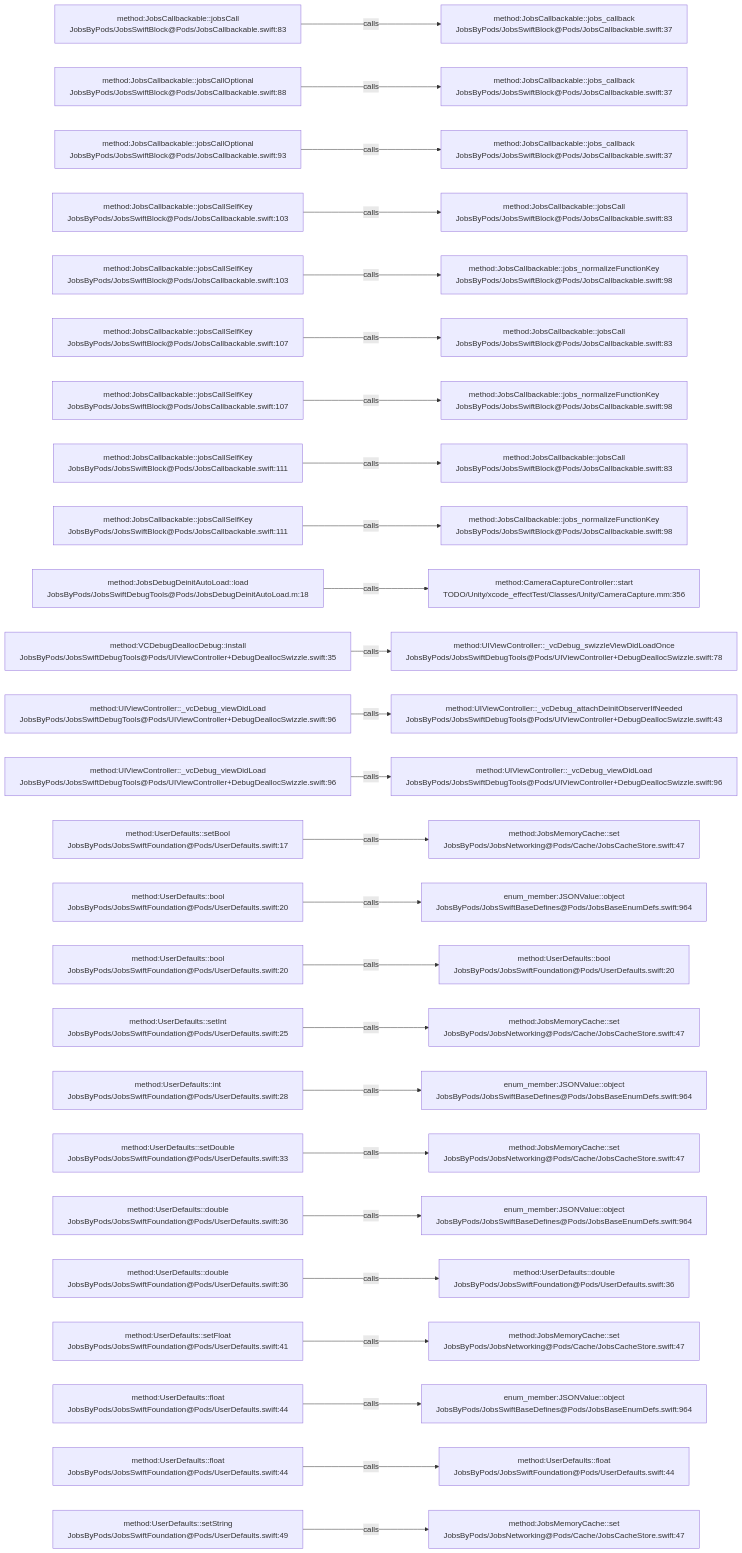
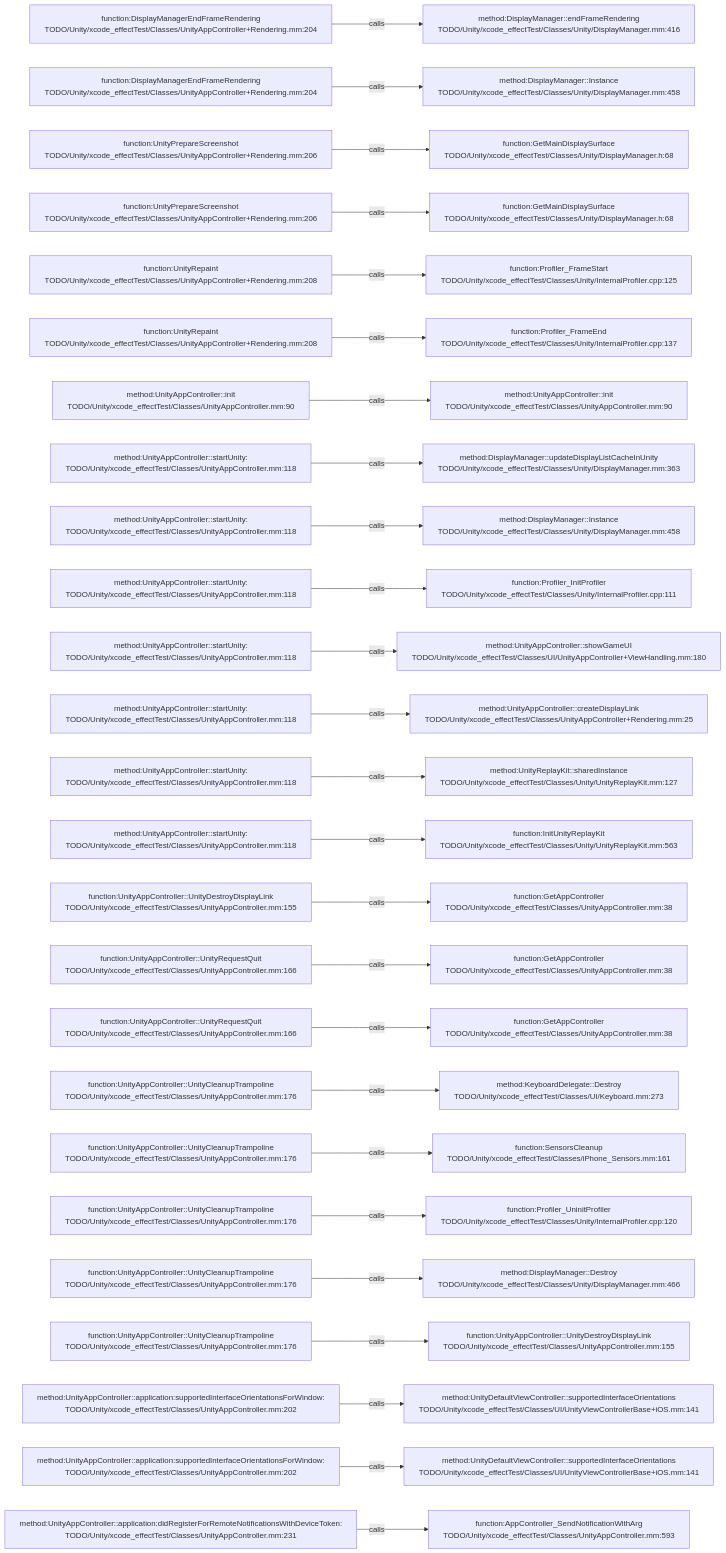
One commit to JobsKits/JobsSwiftBaseConfigDemo changed the diagram in .codegraph/codegraph.md/graphs/calls-048.md. Above: the diagram before and after it, drawn with Mermaid. The commit also changed 227 other files, not shown here.

````diff
--- a/.codegraph/codegraph.md/graphs/calls-048.md
+++ b/.codegraph/codegraph.md/graphs/calls-048.md
@@ -13,78 +13,78 @@
 ```mermaid
 flowchart LR
-  S1["method:JobsCallbackable::jobsCall<br/>JobsByPods/JobsSwiftBlock@Pods/JobsCallbackable.swift:83"]
-  T1["method:JobsCallbackable::jobs_callback<br/>JobsByPods/JobsSwiftBlock@Pods/JobsCallbackable.swift:37"]
+  S1["function:DisplayManagerEndFrameRendering<br/>TODO/Unity/xcode_effectTest/Classes/UnityAppController+Rendering.mm:204"]
+  T1["method:DisplayManager::endFrameRendering<br/>TODO/Unity/xcode_effectTest/Classes/Unity/DisplayManager.mm:416"]
   S1 -->|calls| T1
-  S2["method:JobsCallbackable::jobsCallOptional<br/>JobsByPods/JobsSwiftBlock@Pods/JobsCallbackable.swift:88"]
-  T2["method:JobsCallbackable::jobs_callback<br/>JobsByPods/JobsSwiftBlock@Pods/JobsCallbackable.swift:37"]
+  S2["function:DisplayManagerEndFrameRendering<br/>TODO/Unity/xcode_effectTest/Classes/UnityAppController+Rendering.mm:204"]
+  T2["method:DisplayManager::Instance<br/>TODO/Unity/xcode_effectTest/Classes/Unity/DisplayManager.mm:458"]
   S2 -->|calls| T2
-  S3["method:JobsCallbackable::jobsCallOptional<br/>JobsByPods/JobsSwiftBlock@Pods/JobsCallbackable.swift:93"]
-  T3["method:JobsCallbackable::jobs_callback<br/>JobsByPods/JobsSwiftBlock@Pods/JobsCallbackable.swift:37"]
+  S3["function:UnityPrepareScreenshot<br/>TODO/Unity/xcode_effectTest/Classes/UnityAppController+Rendering.mm:206"]
+  T3["function:GetMainDisplaySurface<br/>TODO/Unity/xcode_effectTest/Classes/Unity/DisplayManager.h:68"]
   S3 -->|calls| T3
-  S4["method:JobsCallbackable::jobsCallSelfKey<br/>JobsByPods/JobsSwiftBlock@Pods/JobsCallbackable.swift:103"]
-  T4["method:JobsCallbackable::jobsCall<br/>JobsByPods/JobsSwiftBlock@Pods/JobsCallbackable.swift:83"]
+  S4["function:UnityPrepareScreenshot<br/>TODO/Unity/xcode_effectTest/Classes/UnityAppController+Rendering.mm:206"]
+  T4["function:GetMainDisplaySurface<br/>TODO/Unity/xcode_effectTest/Classes/Unity/DisplayManager.h:68"]
   S4 -->|calls| T4
-  S5["method:JobsCallbackable::jobsCallSelfKey<br/>JobsByPods/JobsSwiftBlock@Pods/JobsCallbackable.swift:103"]
-  T5["method:JobsCallbackable::jobs_normalizeFunctionKey<br/>JobsByPods/JobsSwiftBlock@Pods/JobsCallbackable.swift:98"]
+  S5["function:UnityRepaint<br/>TODO/Unity/xcode_effectTest/Classes/UnityAppController+Rendering.mm:208"]
+  T5["function:Profiler_FrameStart<br/>TODO/Unity/xcode_effectTest/Classes/Unity/InternalProfiler.cpp:125"]
   S5 -->|calls| T5
-  S6["method:JobsCallbackable::jobsCallSelfKey<br/>JobsByPods/JobsSwiftBlock@Pods/JobsCallbackable.swift:107"]
-  T6["method:JobsCallbackable::jobsCall<br/>JobsByPods/JobsSwiftBlock@Pods/JobsCallbackable.swift:83"]
+  S6["function:UnityRepaint<br/>TODO/Unity/xcode_effectTest/Classes/UnityAppController+Rendering.mm:208"]
+  T6["function:Profiler_FrameEnd<br/>TODO/Unity/xcode_effectTest/Classes/Unity/InternalProfiler.cpp:137"]
   S6 -->|calls| T6
-  S7["method:JobsCallbackable::jobsCallSelfKey<br/>JobsByPods/JobsSwiftBlock@Pods/JobsCallbackable.swift:107"]
-  T7["method:JobsCallbackable::jobs_normalizeFunctionKey<br/>JobsByPods/JobsSwiftBlock@Pods/JobsCallbackable.swift:98"]
+  S7["method:UnityAppController::init<br/>TODO/Unity/xcode_effectTest/Classes/UnityAppController.mm:90"]
+  T7["method:UnityAppController::init<br/>TODO/Unity/xcode_effectTest/Classes/UnityAppController.mm:90"]
   S7 -->|calls| T7
-  S8["method:JobsCallbackable::jobsCallSelfKey<br/>JobsByPods/JobsSwiftBlock@Pods/JobsCallbackable.swift:111"]
-  T8["method:JobsCallbackable::jobsCall<br/>JobsByPods/JobsSwiftBlock@Pods/JobsCallbackable.swift:83"]
+  S8["method:UnityAppController::startUnity:<br/>TODO/Unity/xcode_effectTest/Classes/UnityAppController.mm:118"]
+  T8["method:DisplayManager::updateDisplayListCacheInUnity<br/>TODO/Unity/xcode_effectTest/Classes/Unity/DisplayManager.mm:363"]
   S8 -->|calls| T8
-  S9["method:JobsCallbackable::jobsCallSelfKey<br/>JobsByPods/JobsSwiftBlock@Pods/JobsCallbackable.swift:111"]
-  T9["method:JobsCallbackable::jobs_normalizeFunctionKey<br/>JobsByPods/JobsSwiftBlock@Pods/JobsCallbackable.swift:98"]
+  S9["method:UnityAppController::startUnity:<br/>TODO/Unity/xcode_effectTest/Classes/UnityAppController.mm:118"]
+  T9["method:DisplayManager::Instance<br/>TODO/Unity/xcode_effectTest/Classes/Unity/DisplayManager.mm:458"]
   S9 -->|calls| T9
-  S10["method:JobsDebugDeinitAutoLoad::load<br/>JobsByPods/JobsSwiftDebugTools@Pods/JobsDebugDeinitAutoLoad.m:18"]
-  T10["method:CameraCaptureController::start<br/>TODO/Unity/xcode_effectTest/Classes/Unity/CameraCapture.mm:356"]
+  S10["method:UnityAppController::startUnity:<br/>TODO/Unity/xcode_effectTest/Classes/UnityAppController.mm:118"]
+  T10["function:Profiler_InitProfiler<br/>TODO/Unity/xcode_effectTest/Classes/Unity/InternalProfiler.cpp:111"]
   S10 -->|calls| T10
-  S11["method:VCDebugDeallocDebug::install<br/>JobsByPods/JobsSwiftDebugTools@Pods/UIViewController+DebugDeallocSwizzle.swift:35"]
-  T11["method:UIViewController::_vcDebug_swizzleViewDidLoadOnce<br/>JobsByPods/JobsSwiftDebugTools@Pods/UIViewController+DebugDeallocSwizzle.swift:78"]
+  S11["method:UnityAppController::startUnity:<br/>TODO/Unity/xcode_effectTest/Classes/UnityAppController.mm:118"]
+  T11["method:UnityAppController::showGameUI<br/>TODO/Unity/xcode_effectTest/Classes/UI/UnityAppController+ViewHandling.mm:180"]
   S11 -->|calls| T11
-  S12["method:UIViewController::_vcDebug_viewDidLoad<br/>JobsByPods/JobsSwiftDebugTools@Pods/UIViewController+DebugDeallocSwizzle.swift:96"]
-  T12["method:UIViewController::_vcDebug_attachDeinitObserverIfNeeded<br/>JobsByPods/JobsSwiftDebugTools@Pods/UIViewController+DebugDeallocSwizzle.swift:43"]
+  S12["method:UnityAppController::startUnity:<br/>TODO/Unity/xcode_effectTest/Classes/UnityAppController.mm:118"]
+  T12["method:UnityAppController::createDisplayLink<br/>TODO/Unity/xcode_effectTest/Classes/UnityAppController+Rendering.mm:25"]
   S12 -->|calls| T12
-  S13["method:UIViewController::_vcDebug_viewDidLoad<br/>JobsByPods/JobsSwiftDebugTools@Pods/UIViewController+DebugDeallocSwizzle.swift:96"]
-  T13["method:UIViewController::_vcDebug_viewDidLoad<br/>JobsByPods/JobsSwiftDebugTools@Pods/UIViewController+DebugDeallocSwizzle.swift:96"]
+  S13["method:UnityAppController::startUnity:<br/>TODO/Unity/xcode_effectTest/Classes/UnityAppController.mm:118"]
+  T13["method:UnityReplayKit::sharedInstance<br/>TODO/Unity/xcode_effectTest/Classes/Unity/UnityReplayKit.mm:127"]
   S13 -->|calls| T13
-  S14["method:UserDefaults::setBool<br/>JobsByPods/JobsSwiftFoundation@Pods/UserDefaults.swift:17"]
-  T14["method:JobsMemoryCache::set<br/>JobsByPods/JobsNetworking@Pods/Cache/JobsCacheStore.swift:47"]
+  S14["method:UnityAppController::startUnity:<br/>TODO/Unity/xcode_effectTest/Classes/UnityAppController.mm:118"]
+  T14["function:InitUnityReplayKit<br/>TODO/Unity/xcode_effectTest/Classes/Unity/UnityReplayKit.mm:563"]
   S14 -->|calls| T14
-  S15["method:UserDefaults::bool<br/>JobsByPods/JobsSwiftFoundation@Pods/UserDefaults.swift:20"]
-  T15["enum_member:JSONValue::object<br/>JobsByPods/JobsSwiftBaseDefines@Pods/JobsBaseEnumDefs.swift:964"]
+  S15["function:UnityAppController::UnityDestroyDisplayLink<br/>TODO/Unity/xcode_effectTest/Classes/UnityAppController.mm:155"]
+  T15["function:GetAppController<br/>TODO/Unity/xcode_effectTest/Classes/UnityAppController.mm:38"]
   S15 -->|calls| T15
-  S16["method:UserDefaults::bool<br/>JobsByPods/JobsSwiftFoundation@Pods/UserDefaults.swift:20"]
-  T16["method:UserDefaults::bool<br/>JobsByPods/JobsSwiftFoundation@Pods/UserDefaults.swift:20"]
+  S16["function:UnityAppController::UnityRequestQuit<br/>TODO/Unity/xcode_effectTest/Classes/UnityAppController.mm:166"]
+  T16["function:GetAppController<br/>TODO/Unity/xcode_effectTest/Classes/UnityAppController.mm:38"]
   S16 -->|calls| T16
-  S17["method:UserDefaults::setInt<br/>JobsByPods/JobsSwiftFoundation@Pods/UserDefaults.swift:25"]
-  T17["method:JobsMemoryCache::set<br/>JobsByPods/JobsNetworking@Pods/Cache/JobsCacheStore.swift:47"]
+  S17["function:UnityAppController::UnityRequestQuit<br/>TODO/Unity/xcode_effectTest/Classes/UnityAppController.mm:166"]
+  T17["function:GetAppController<br/>TODO/Unity/xcode_effectTest/Classes/UnityAppController.mm:38"]
   S17 -->|calls| T17
-  S18["method:UserDefaults::int<br/>JobsByPods/JobsSwiftFoundation@Pods/UserDefaults.swift:28"]
-  T18["enum_member:JSONValue::object<br/>JobsByPods/JobsSwiftBaseDefines@Pods/JobsBaseEnumDefs.swift:964"]
+  S18["function:UnityAppController::UnityCleanupTrampoline<br/>TODO/Unity/xcode_effectTest/Classes/UnityAppController.mm:176"]
+  T18["method:KeyboardDelegate::Destroy<br/>TODO/Unity/xcode_effectTest/Classes/UI/Keyboard.mm:273"]
   S18 -->|calls| T18
-  S19["method:UserDefaults::setDouble<br/>JobsByPods/JobsSwiftFoundation@Pods/UserDefaults.swift:33"]
-  T19["method:JobsMemoryCache::set<br/>JobsByPods/JobsNetworking@Pods/Cache/JobsCacheStore.swift:47"]
+  S19["function:UnityAppController::UnityCleanupTrampoline<br/>TODO/Unity/xcode_effectTest/Classes/UnityAppController.mm:176"]
+  T19["function:SensorsCleanup<br/>TODO/Unity/xcode_effectTest/Classes/iPhone_Sensors.mm:161"]
   S19 -->|calls| T19
-  S20["method:UserDefaults::double<br/>JobsByPods/JobsSwiftFoundation@Pods/UserDefaults.swift:36"]
-  T20["enum_member:JSONValue::object<br/>JobsByPods/JobsSwiftBaseDefines@Pods/JobsBaseEnumDefs.swift:964"]
+  S20["function:UnityAppController::UnityCleanupTrampoline<br/>TODO/Unity/xcode_effectTest/Classes/UnityAppController.mm:176"]
+  T20["function:Profiler_UninitProfiler<br/>TODO/Unity/xcode_effectTest/Classes/Unity/InternalProfiler.cpp:120"]
   S20 -->|calls| T20
-  S21["method:UserDefaults::double<br/>JobsByPods/JobsSwiftFoundation@Pods/UserDefaults.swift:36"]
-  T21["method:UserDefaults::double<br/>JobsByPods/JobsSwiftFoundation@Pods/UserDefaults.swift:36"]
+  S21["function:UnityAppController::UnityCleanupTrampoline<br/>TODO/Unity/xcode_effectTest/Classes/UnityAppController.mm:176"]
+  T21["method:DisplayManager::Destroy<br/>TODO/Unity/xcode_effectTest/Classes/Unity/DisplayManager.mm:466"]
   S21 -->|calls| T21
-  S22["method:UserDefaults::setFloat<br/>JobsByPods/JobsSwiftFoundation@Pods/UserDefaults.swift:41"]
-  T22["method:JobsMemoryCache::set<br/>JobsByPods/JobsNetworking@Pods/Cache/JobsCacheStore.swift:47"]
+  S22["function:UnityAppController::UnityCleanupTrampoline<br/>TODO/Unity/xcode_effectTest/Classes/UnityAppController.mm:176"]
+  T22["function:UnityAppController::UnityDestroyDisplayLink<br/>TODO/Unity/xcode_effectTest/Classes/UnityAppController.mm:155"]
   S22 -->|calls| T22
-  S23["method:UserDefaults::float<br/>JobsByPods/JobsSwiftFoundation@Pods/UserDefaults.swift:44"]
-  T23["enum_member:JSONValue::object<br/>JobsByPods/JobsSwiftBaseDefines@Pods/JobsBaseEnumDefs.swift:964"]
+  S23["method:UnityAppController::application:supportedInterfaceOrientationsForWindow:<br/>TODO/Unity/xcode_effectTest/Classes/UnityAppController.mm:202"]
+  T23["method:UnityDefaultViewController::supportedInterfaceOrientations<br/>TODO/Unity/xcode_effectTest/Classes/UI/UnityViewControllerBase+iOS.mm:141"]
   S23 -->|calls| T23
-  S24["method:UserDefaults::float<br/>JobsByPods/JobsSwiftFoundation@Pods/UserDefaults.swift:44"]
-  T24["method:UserDefaults::float<br/>JobsByPods/JobsSwiftFoundation@Pods/UserDefaults.swift:44"]
+  S24["method:UnityAppController::application:supportedInterfaceOrientationsForWindow:<br/>TODO/Unity/xcode_effectTest/Classes/UnityAppController.mm:202"]
+  T24["method:UnityDefaultViewController::supportedInterfaceOrientations<br/>TODO/Unity/xcode_effectTest/Classes/UI/UnityViewControllerBase+iOS.mm:141"]
   S24 -->|calls| T24
-  S25["method:UserDefaults::setString<br/>JobsByPods/JobsSwiftFoundation@Pods/UserDefaults.swift:49"]
-  T25["method:JobsMemoryCache::set<br/>JobsByPods/JobsNetworking@Pods/Cache/JobsCacheStore.swift:47"]
+  S25["method:UnityAppController::application:didRegisterForRemoteNotificationsWithDeviceToken:<br/>TODO/Unity/xcode_effectTest/Classes/UnityAppController.mm:231"]
+  T25["function:AppController_SendNotificationWithArg<br/>TODO/Unity/xcode_effectTest/Classes/UnityAppController.mm:593"]
   S25 -->|calls| T25
 ```
````
